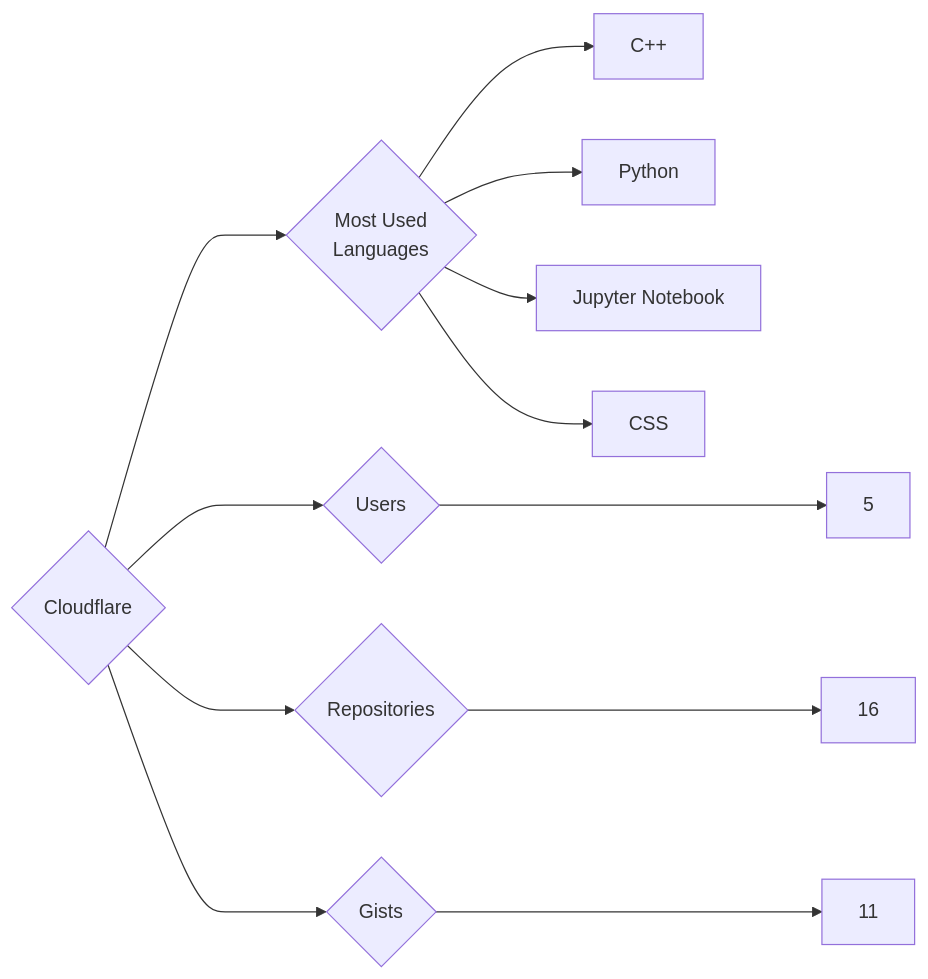
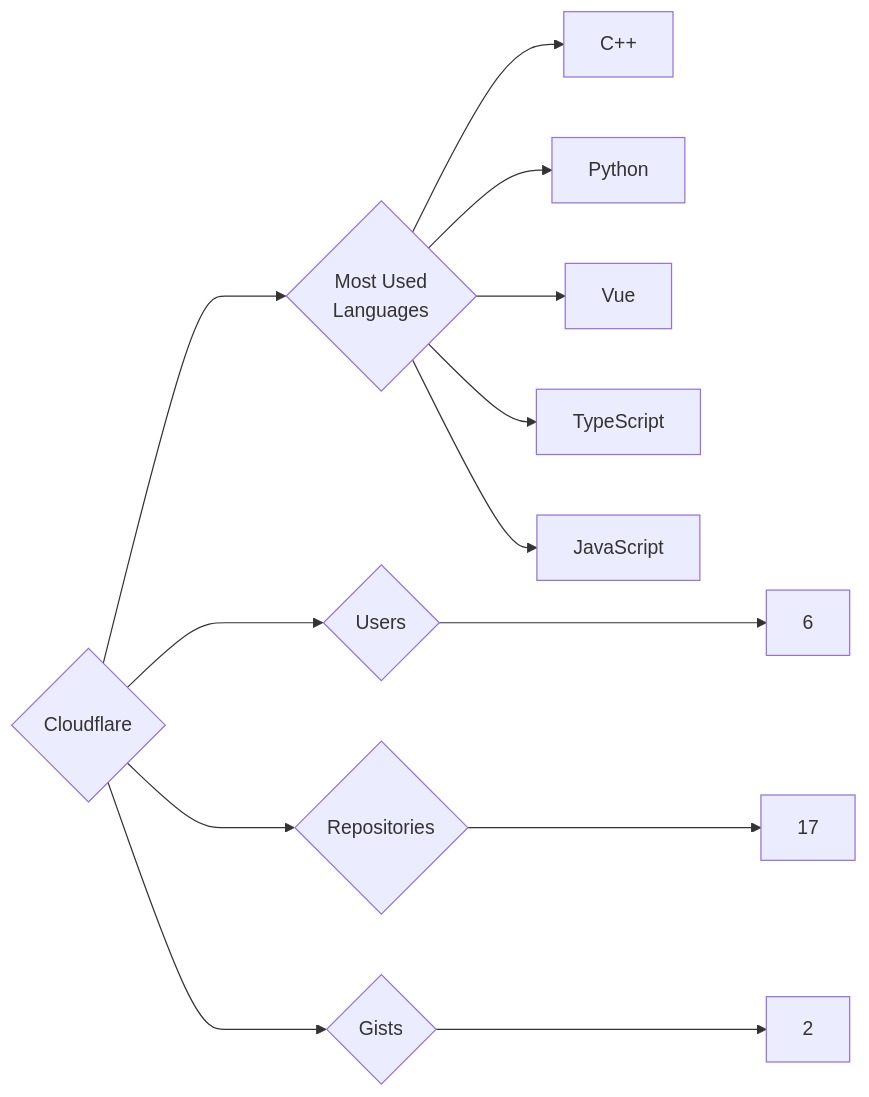
Before and after one commit to trickest/insiders: the diagram in targets/Cloudflare/README.md, drawn with Mermaid. The commit also changed 1175 other files, not shown here.

````diff
--- a/targets/Cloudflare/README.md
+++ b/targets/Cloudflare/README.md
@@ -3,12 +3,13 @@
 ```mermaid
 graph LR
 COMPANY_NAME{Cloudflare}
-COMPANY_NAME ---> U{Users} ---> UN[5]
-COMPANY_NAME ---> R{Repositories} ---> RN[16]
-COMPANY_NAME ---> G{Gists} ---> GN[11]
+COMPANY_NAME ---> U{Users} ---> UN[6]
+COMPANY_NAME ---> R{Repositories} ---> RN[17]
+COMPANY_NAME ---> G{Gists} ---> GN[2]
 COMPANY_NAME ---> ML{Most Used<br>Languages}
 ML --> C++[C++]
 ML --> Python[Python]
-ML --> Jupyter_Notebook[Jupyter Notebook]
-ML --> CSS[CSS]
+ML --> Vue[Vue]
+ML --> TypeScript[TypeScript]
+ML --> JavaScript[JavaScript]
 ```
````
